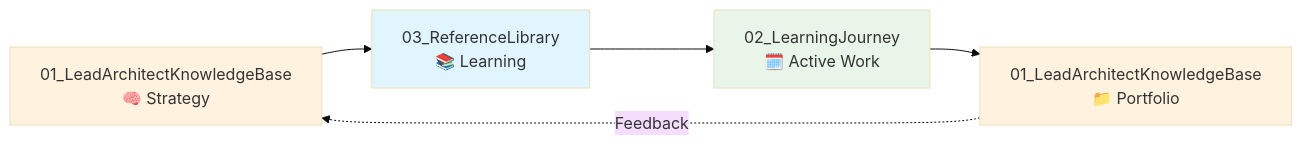
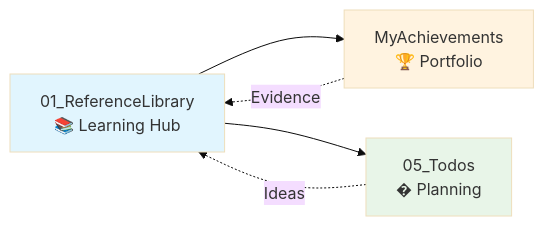
Before and after one commit to Swamy-s-Tech-Skills-Academy/swamy-tech-skills-academy-main: the first of 9 diagrams in README.md, drawn with Mermaid (base theme). The commit also changed other lines of this file and 183 other files, not shown here.

````diff
--- a/README.md
+++ b/README.md
@@ -72,12 +93,11 @@
 ```mermaid
 graph LR
-    S[01_LeadArchitectKnowledgeBase<br/>🧠 Strategy] --> L[03_ReferenceLibrary<br/>📚 Learning]
-    L --> A[02_LearningJourney<br/>🗓️ Active Work]
-    A --> P[01_LeadArchitectKnowledgeBase<br/>📁 Portfolio]
-    P -. Feedback .-> S
+    R[01_ReferenceLibrary<br/>📚 Learning Hub] --> M[MyAchievements<br/>🏆 Portfolio]
+    R --> T[05_Todos<br/>� Planning]
+    M -. Evidence .-> R
+    T -. Ideas .-> R
 
-    style S fill:#fff3e0
-    style L fill:#e1f5fe
-    style A fill:#e8f5e8
-    style P fill:#fff3e0
+    style R fill:#e1f5fe
+    style M fill:#fff3e0
+    style T fill:#e8f5e8
 ```
````
